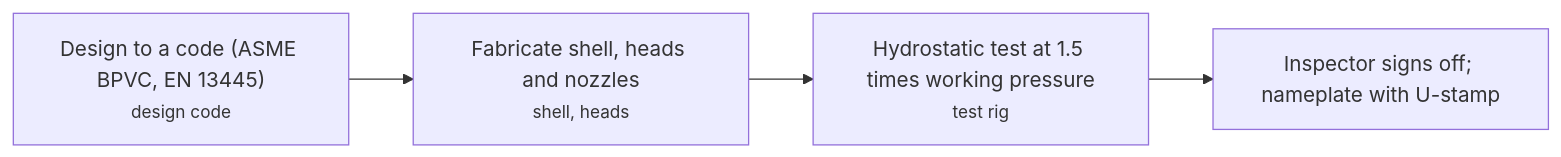
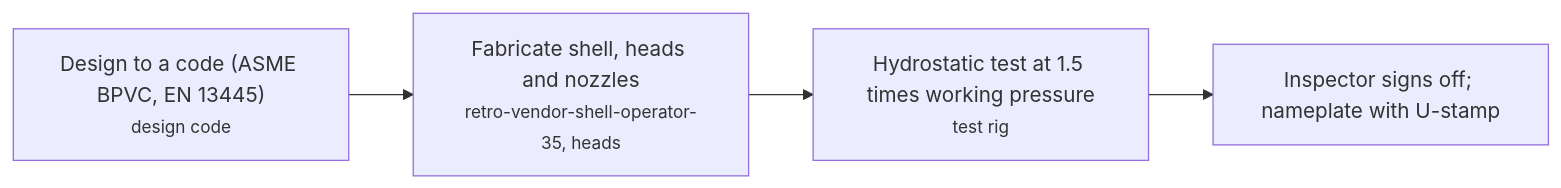
The seventh of 11 diagrams in catalog/index/technologies-ROT.md (tenunan-dev/hilir-tech-library), drawn with Mermaid before and after one commit. The commit also changed other lines of this file and 423 other files, not shown here.

````diff
--- a/catalog/index/technologies-ROT.md
+++ b/catalog/index/technologies-ROT.md
@@ -200,10 +200,10 @@
 ```mermaid
 flowchart LR
     DES["Design to a code (ASME BPVC, EN 13445)<br/><small>design code</small>"]
-    FAB["Fabricate shell, heads and nozzles<br/><small>shell, heads</small>"]
+    FAB["Fabricate shell, heads and nozzles<br/><small>retro-vendor-shell-operator-35, heads</small>"]
     TEST["Hydrostatic test at 1.5 times working pressure<br/><small>test rig</small>"]
     STAMP["Inspector signs off; nameplate with U-stamp"]
     DES --> FAB
     FAB --> TEST
     TEST --> STAMP
 ```
````
